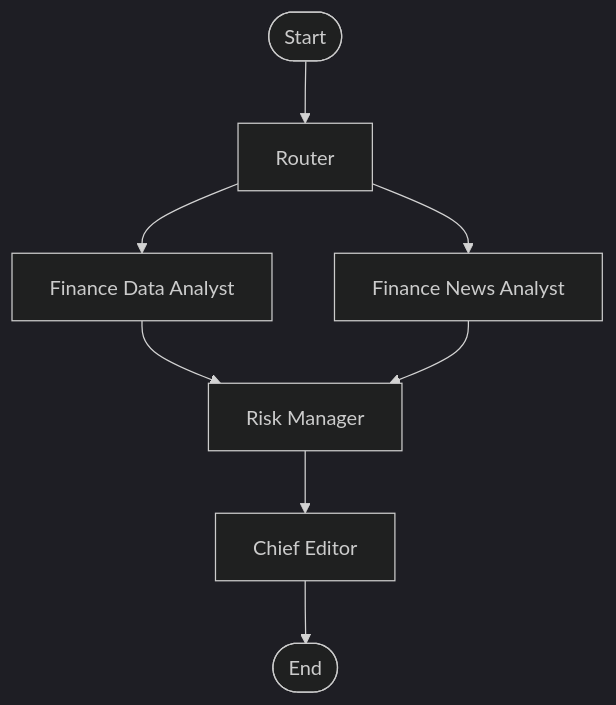
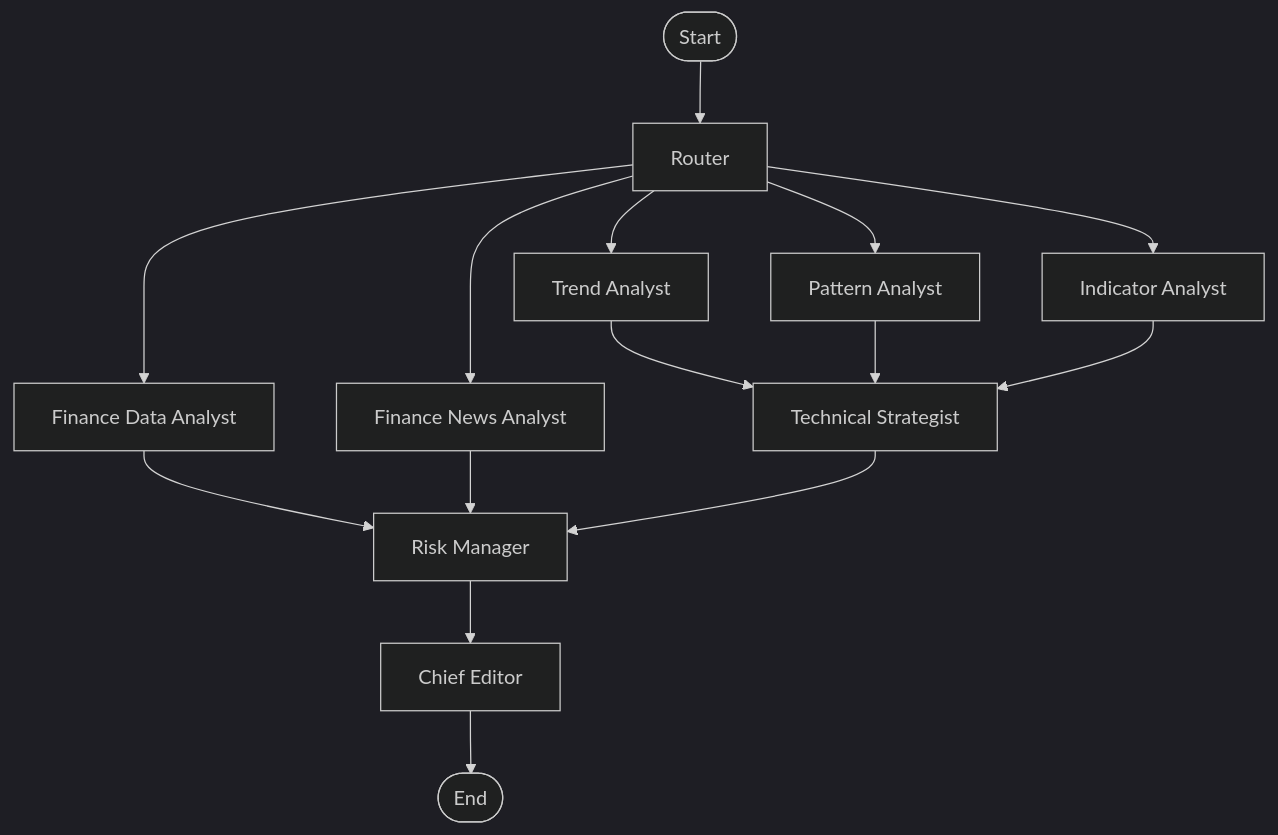
The diagram in README.md (nekouibeam/inv-agent), drawn with Mermaid (dark theme) before and after one commit. The commit also changed other lines of this file, not shown here.

Commit message:
Update README with technical analysis features and Groq support

````diff
--- a/README.md
+++ b/README.md
@@ -27,10 +28,17 @@
 ```mermaid
 graph TD
     start([Start]) --> router[Router]
     router --> data_analyst[Finance Data Analyst]
     router --> news_analyst[Finance News Analyst]
+    router --> trend_analyst[Trend Analyst]
+    router --> pattern_analyst[Pattern Analyst]
+    router --> indicator_analyst[Indicator Analyst]
+    trend_analyst --> technical_strategist[Technical Strategist]
+    pattern_analyst --> technical_strategist
+    indicator_analyst --> technical_strategist
     data_analyst --> risk_manager[Risk Manager]
     news_analyst --> risk_manager
+    technical_strategist --> risk_manager
     risk_manager --> editor[Chief Editor]
     editor --> final([End])
 ```
````
